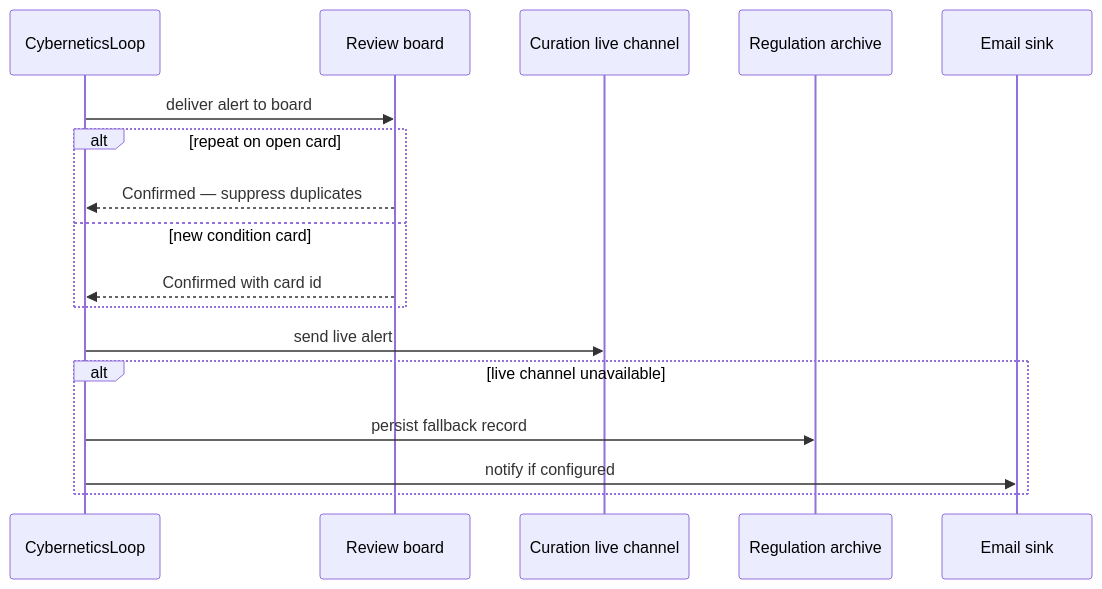
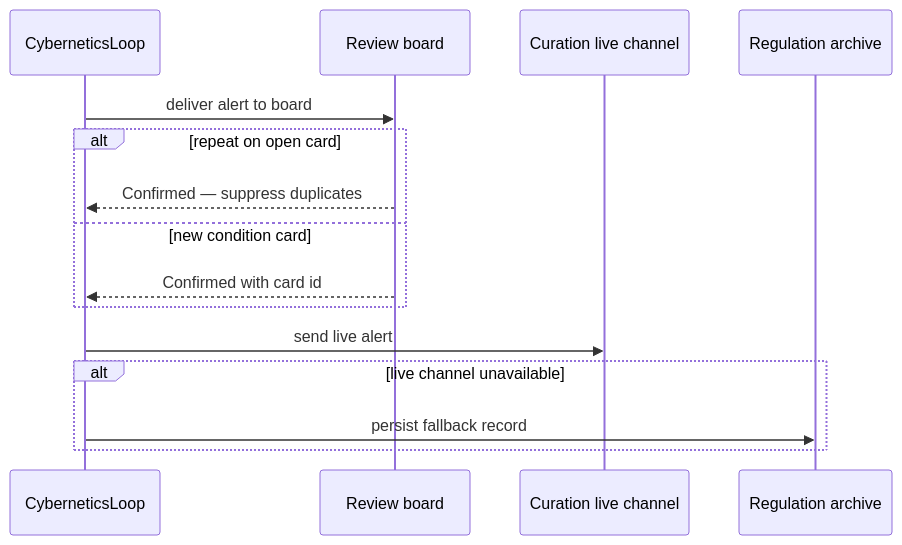
Before and after one commit to mdz-axo/zed-kask: the third of 3 diagrams in kask/docs/diataxis/hkask-regulation/explanation.md, drawn with Mermaid. The commit also changed other lines of this file and 37 other files, not shown here.

````diff
--- a/kask/docs/diataxis/hkask-regulation/explanation.md
+++ b/kask/docs/diataxis/hkask-regulation/explanation.md
@@ -144,19 +144,17 @@
 ```mermaid
 sequenceDiagram
     participant CL as CyberneticsLoop
     participant Board as Review board
     participant CI as Curation live channel
     participant RA as Regulation archive
-    participant EM as Email sink
     CL->>Board: deliver alert to board
     alt repeat on open card
         Board-->>CL: Confirmed — suppress duplicates
     else new condition card
         Board-->>CL: Confirmed with card id
     end
     CL->>CI: send live alert
     alt live channel unavailable
         CL->>RA: persist fallback record
-        CL->>EM: notify if configured
     end
 ```
````
